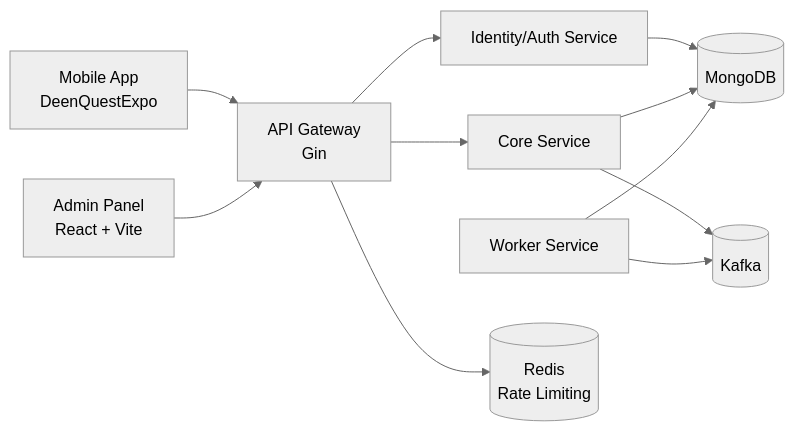
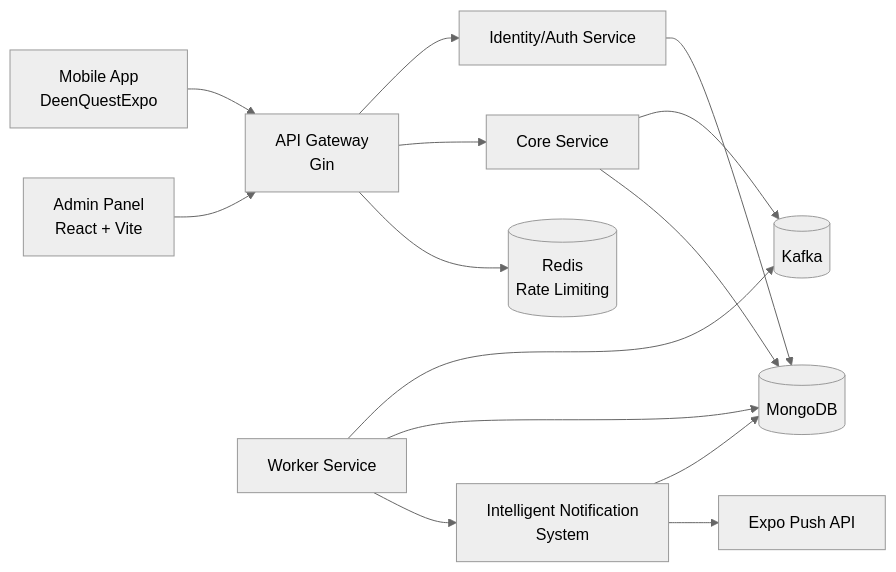
One commit to M-awais-rasool/DeenQuest changed the diagram in README.md. Above: the diagram before and after it, drawn with Mermaid (neutral theme). The commit also changed other lines of this file, not shown here.

````diff
--- a/README.md
+++ b/README.md
@@ -67,17 +67,21 @@
 ```mermaid
 flowchart LR
   M[Mobile App\nDeenQuestExpo] --> G[API Gateway\nGin]
   A[Admin Panel\nReact + Vite] --> G
 
   G --> I[Identity/Auth Service]
   G --> C[Core Service]
 
   C --> K[(Kafka)]
   W[Worker Service] --> K
 
   I --> DB[(MongoDB)]
   C --> DB
   W --> DB
 
   G --> R[(Redis\nRate Limiting)]
+
+  W --> N[Intelligent Notification\nSystem]
+  N --> DB
+  N --> P[Expo Push API]
 ```
````
